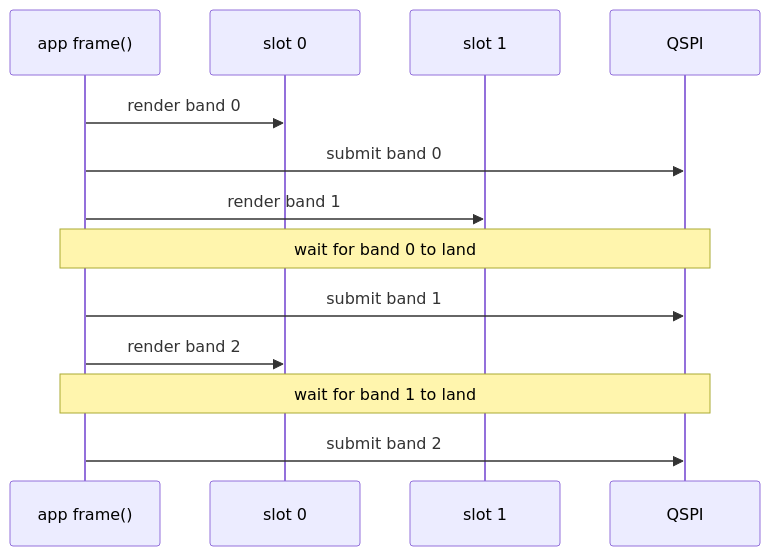
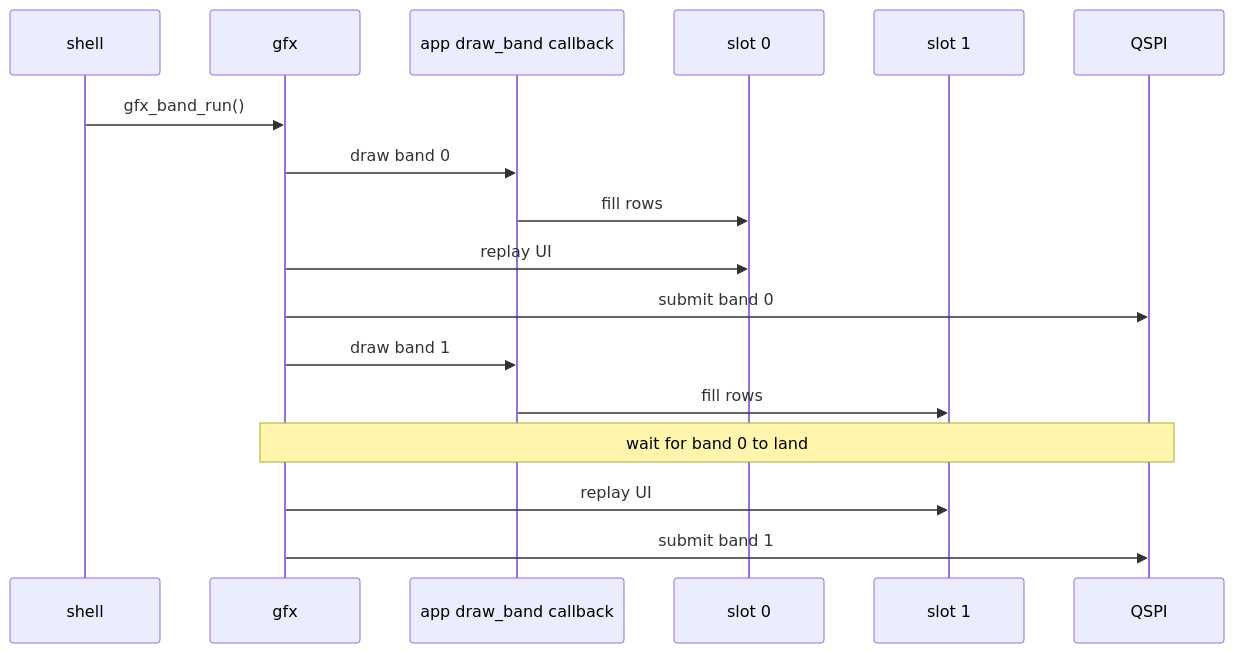
One commit to jose-villegas/autana changed the fourth of 4 diagrams in docs/Gfx-and-Presentation.md. Above: the diagram before and after it, drawn with Mermaid. The commit also changed other lines of this file and 35 other files, not shown here.

First line of the commit message:
gfx: gfx owns band sends; apps give a persistent or transient picture (#453)

````diff
--- a/docs/Gfx-and-Presentation.md
+++ b/docs/Gfx-and-Presentation.md
@@ -183,15 +177,19 @@
 ```mermaid
 sequenceDiagram
-    participant A as app frame()
+    participant S as shell
+    participant G as gfx
+    participant A as app draw_band callback
     participant S0 as slot 0
     participant S1 as slot 1
     participant Q as QSPI
-    A->>S0: render band 0
-    A->>Q: submit band 0
-    A->>S1: render band 1
-    Note over A,Q: wait for band 0 to land
-    A->>Q: submit band 1
-    A->>S0: render band 2
-    Note over A,Q: wait for band 1 to land
-    A->>Q: submit band 2
+    S->>G: gfx_band_run()
+    G->>A: draw band 0
+    A->>S0: fill rows
+    G->>S0: replay UI
+    G->>Q: submit band 0
+    G->>A: draw band 1
+    A->>S1: fill rows
+    Note over G,Q: wait for band 0 to land
+    G->>S1: replay UI
+    G->>Q: submit band 1
 ```
````
